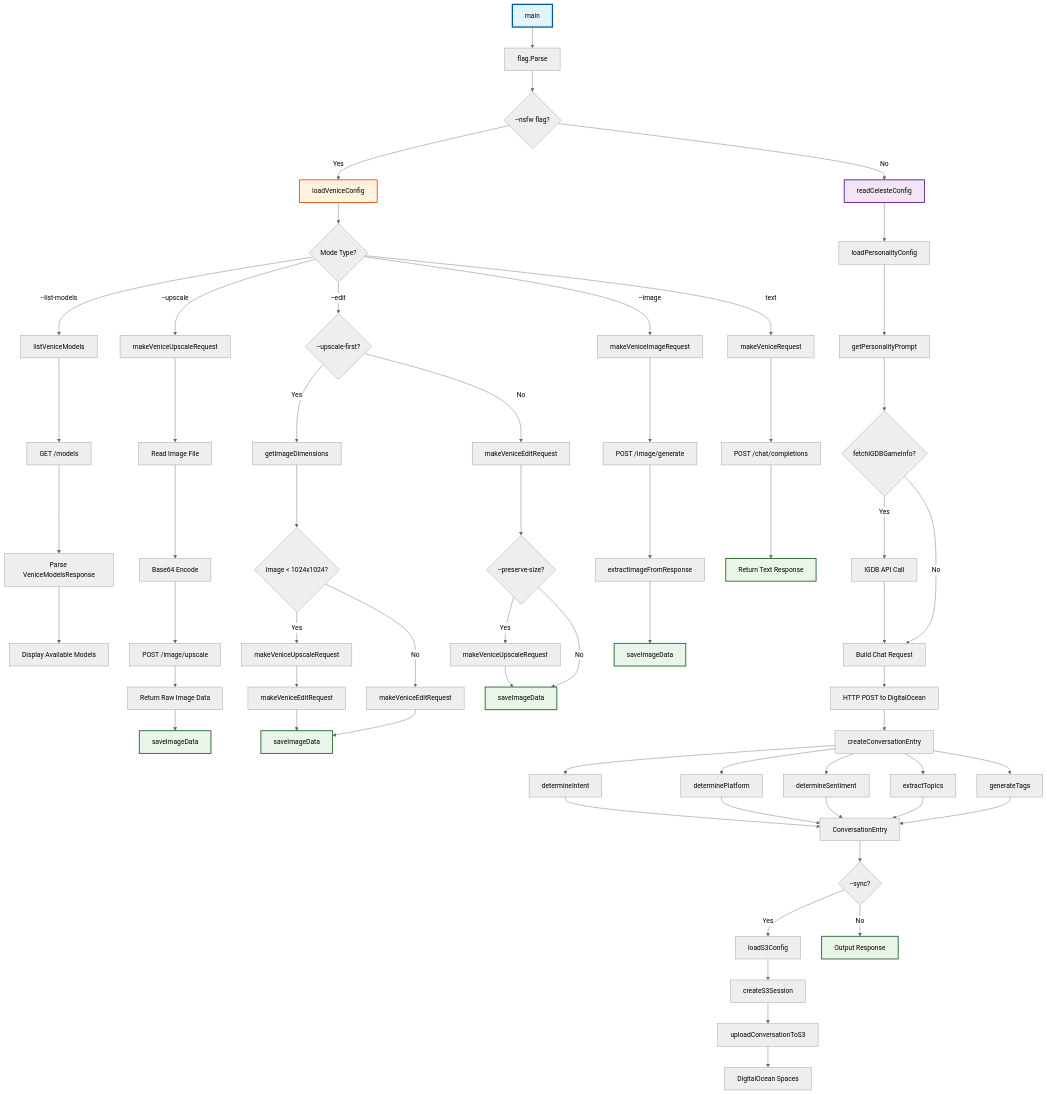
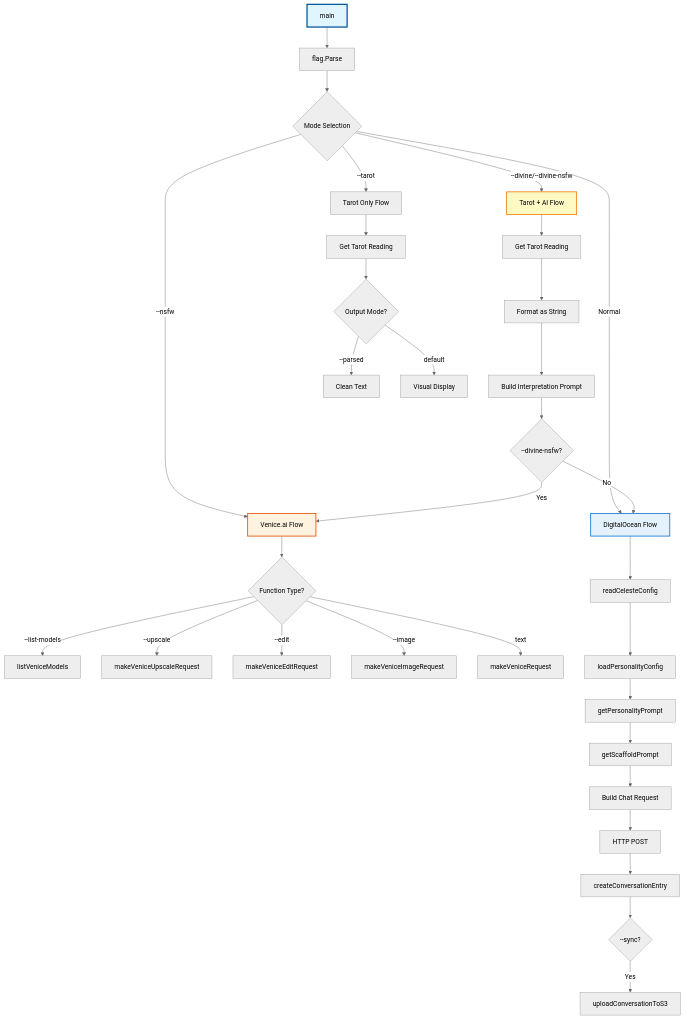
Before and after one commit to whykusanagi/celesteCLI: the seventh of 8 diagrams in README.md, drawn with Mermaid (neutral theme). The commit also changed other lines of this file and 7 other files, not shown here.

````diff
--- a/README.md
+++ b/README.md
@@ -607,80 +887,44 @@
 ```mermaid
 graph TD
     A[main] --> B[flag.Parse]
-    B --> C{--nsfw flag?}
+    B --> C{Mode Selection}
     
-    C -->|Yes| D[loadVeniceConfig]
-    D --> E{Mode Type?}
+    C -->|--divine/--divine-nsfw| D[Tarot + AI Flow]
+    C -->|--tarot| E[Tarot Only Flow]
+    C -->|--nsfw| F[Venice.ai Flow]
+    C -->|Normal| G[DigitalOcean Flow]
     
-    E -->|--list-models| F[listVeniceModels]
-    F --> F1[GET /models]
-    F1 --> F2[Parse VeniceModelsResponse]
-    F2 --> F3[Display Available Models]
+    D --> D1[Get Tarot Reading]
+    D1 --> D2[Format as String]
+    D2 --> D3[Build Interpretation Prompt]
+    D3 --> D4{--divine-nsfw?}
+    D4 -->|Yes| F
+    D4 -->|No| G
     
-    E -->|--upscale| G[makeVeniceUpscaleRequest]
-    G --> G1[Read Image File]
-    G1 --> G2[Base64 Encode]
-    G2 --> G3[POST /image/upscale]
-    G3 --> G4[Return Raw Image Data]
-    G4 --> G5[saveImageData]
+    E --> E1[Get Tarot Reading]
+    E1 --> E2{Output Mode?}
+    E2 -->|--parsed| E3[Clean Text]
+    E2 -->|default| E4[Visual Display]
     
-    E -->|--edit| H{--upscale-first?}
-    H -->|Yes| I[getImageDimensions]
-    I --> J{Image < 1024x1024?}
-    J -->|Yes| K[makeVeniceUpscaleRequest]
-    K --> L[makeVeniceEditRequest]
-    J -->|No| M[makeVeniceEditRequest]
-    L --> N[saveImageData]
-    M --> N
+    F --> F1{Function Type?}
+    F1 -->|--list-models| F2[listVeniceModels]
+    F1 -->|--upscale| F3[makeVeniceUpscaleRequest]
+    F1 -->|--edit| F4[makeVeniceEditRequest]
+    F1 -->|--image| F5[makeVeniceImageRequest]
+    F1 -->|text| F6[makeVeniceRequest]
     
-    H -->|No| O[makeVeniceEditRequest]
-    O --> P{--preserve-size?}
-    P -->|Yes| Q[makeVeniceUpscaleRequest]
-    P -->|No| R[saveImageData]
-    Q --> R
-    
-    E -->|--image| S[makeVeniceImageRequest]
-    S --> S1[POST /image/generate]
-    S1 --> S2[extractImageFromResponse]
-    S2 --> S3[saveImageData]
-    
-    E -->|text| T[makeVeniceRequest]
-    T --> T1[POST /chat/completions]
-    T1 --> T2[Return Text Response]
-    
-    C -->|No| U[readCelesteConfig]
-    U --> V[loadPersonalityConfig]
-    V --> W[getPersonalityPrompt]
-    W --> X{fetchIGDBGameInfo?}
-    X -->|Yes| Y[IGDB API Call]
-    X -->|No| Z[Build Chat Request]
-    Y --> Z
-    Z --> AA[HTTP POST to DigitalOcean]
-    AA --> BB[createConversationEntry]
-    BB --> CC[determineIntent]
-    BB --> DD[determinePlatform]
-    BB --> EE[determineSentiment]
-    BB --> FF[extractTopics]
-    BB --> GG[generateTags]
-    CC --> HH[ConversationEntry]
-    DD --> HH
-    EE --> HH
-    FF --> HH
-    GG --> HH
-    HH --> II{--sync?}
-    II -->|Yes| JJ[loadS3Config]
-    JJ --> KK[createS3Session]
-    KK --> LL[uploadConversationToS3]
-    LL --> MM[DigitalOcean Spaces]
-    II -->|No| NN[Output Response]
+    G --> G1[readCelesteConfig]
+    G1 --> G2[loadPersonalityConfig]
+    G2 --> G3[getPersonalityPrompt]
+    G3 --> G4[getScaffoldPrompt]
+    G4 --> G5[Build Chat Request]
+    G5 --> G6[HTTP POST]
+    G6 --> G7[createConversationEntry]
+    G7 --> G8{--sync?}
+    G8 -->|Yes| G9[uploadConversationToS3]
     
     style A fill:#e1f5fe,stroke:#01579b,stroke-width:3px
-    style D fill:#fff3e0,stroke:#e65100,stroke-width:2px
-    style U fill:#f3e5f5,stroke:#4a148c,stroke-width:2px
-    style G5 fill:#e8f5e8,stroke:#1b5e20,stroke-width:2px
-    style S3 fill:#e8f5e8,stroke:#1b5e20,stroke-width:2px
-    style N fill:#e8f5e8,stroke:#1b5e20,stroke-width:2px
-    style R fill:#e8f5e8,stroke:#1b5e20,stroke-width:2px
-    style T2 fill:#e8f5e8,stroke:#1b5e20,stroke-width:2px
-    style NN fill:#e8f5e8,stroke:#1b5e20,stroke-width:2px
+    style D fill:#fff9c4,stroke:#f57f17,stroke-width:2px
+    style F fill:#fff3e0,stroke:#e65100,stroke-width:2px
+    style G fill:#e3f2fd,stroke:#1976d2,stroke-width:2px
 ```
````
